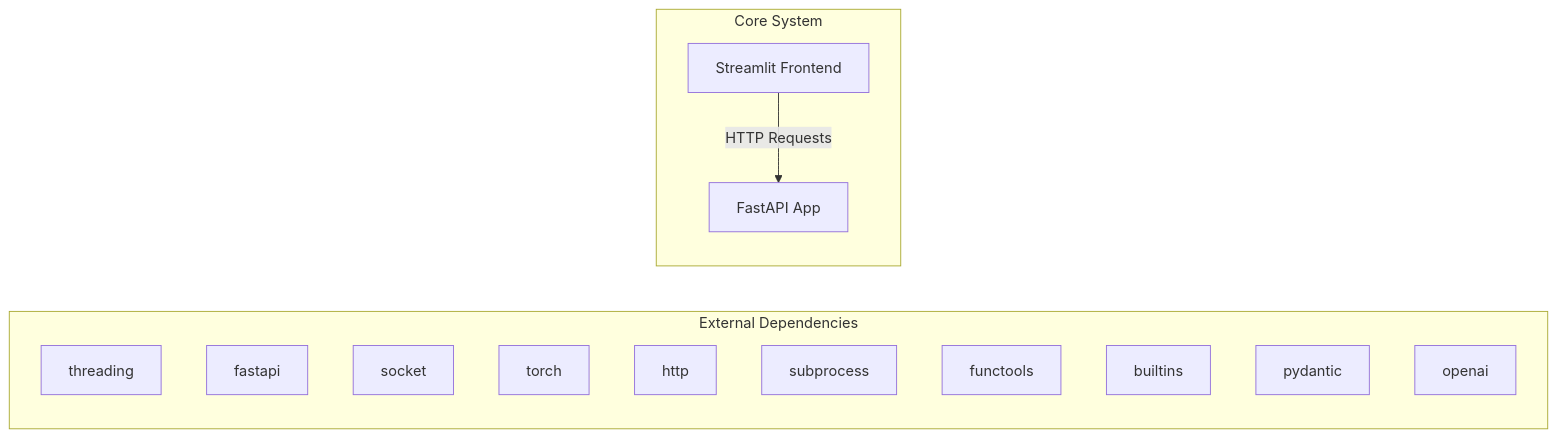
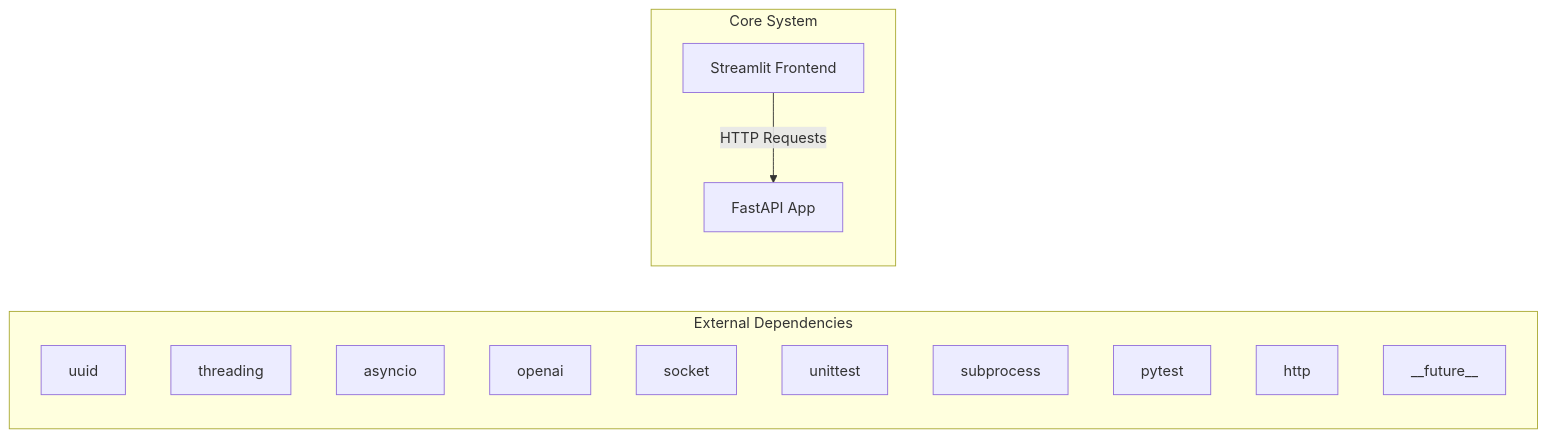
The first of 2 diagrams in docs/architecture.md (NITISH-R-G/rag-context-optimizer), drawn with Mermaid before and after one commit. The commit also changed 1 other file, not shown here.

Commit message:
docs: auto-update repository knowledge, architecture diagrams, and documentation

````diff
--- a/docs/architecture.md
+++ b/docs/architecture.md
@@ -7,20 +7,20 @@
 ```mermaid
 graph LR
     subgraph External Dependencies
-        E0["threading"]
-        E1["fastapi"]
-        E2["socket"]
-        E3["torch"]
-        E4["http"]
-        E5["subprocess"]
-        E6["functools"]
-        E7["builtins"]
-        E8["pydantic"]
-        E9["openai"]
+        E0["uuid"]
+        E1["threading"]
+        E2["asyncio"]
+        E3["openai"]
+        E4["socket"]
+        E5["unittest"]
+        E6["subprocess"]
+        E7["pytest"]
+        E8["http"]
+        E9["__future__"]
     end
     subgraph Core System
         API["FastAPI App"]
         UI["Streamlit Frontend"]
     end
     UI -->|HTTP Requests| API
 ```
````
